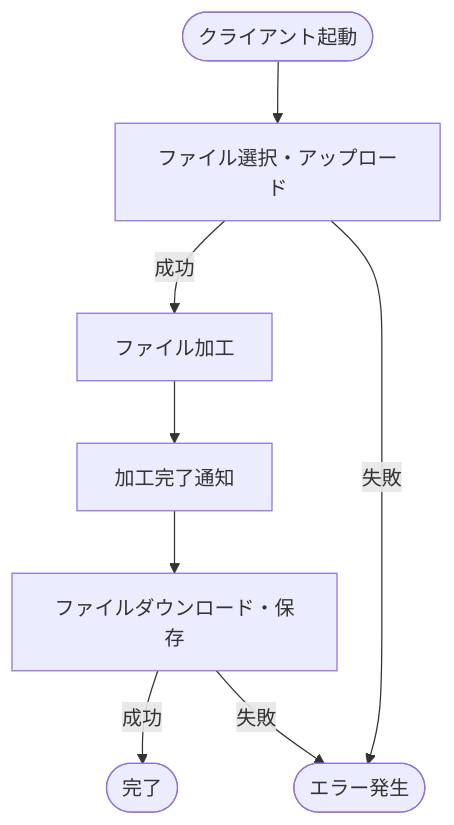
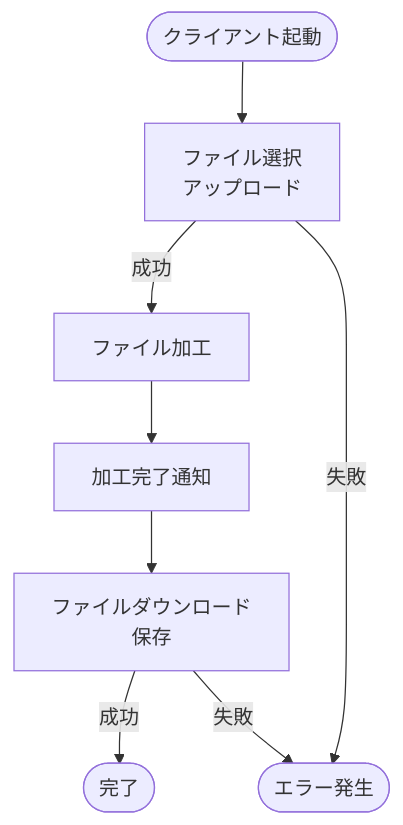
One commit to BackendExplorer/Video-Processor changed the diagram in README.md. Above: the diagram before and after it, drawn with Mermaid.

````diff
--- a/README.md
+++ b/README.md
@@ -153,17 +153,17 @@
 ```mermaid
 flowchart TD
     Start(["クライアント起動"])
-    アップロード["ファイル選択・アップロード"]
+    アップロード["ファイル選択<br>アップロード"]
     加工["ファイル加工"]
     通知["加工完了通知"]
-    ダウンロード["ファイルダウンロード・保存"]
+    ダウンロード["ファイルダウンロード<br>保存"]
     完了(["完了"])
     エラー(["エラー発生"])
 
     Start --> アップロード
     アップロード -- 成功 --> 加工
     アップロード -- 失敗 --> エラー
     加工 --> 通知 --> ダウンロード
     ダウンロード -- 成功 --> 完了
     ダウンロード -- 失敗 --> エラー
 ```
````
